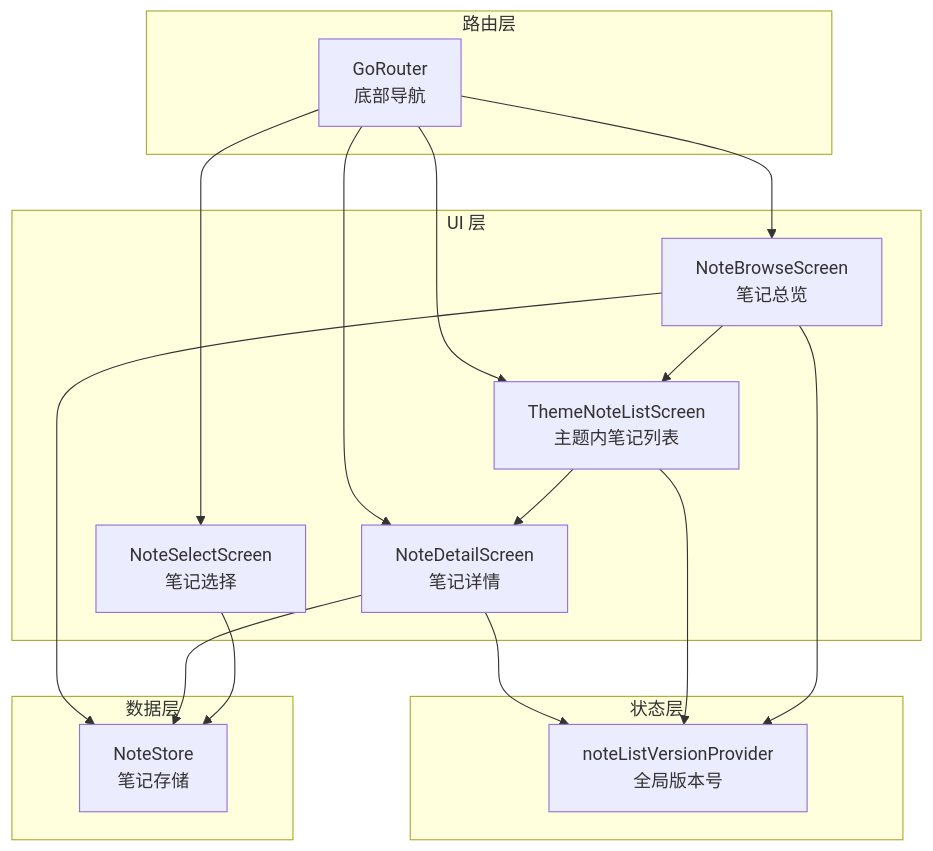
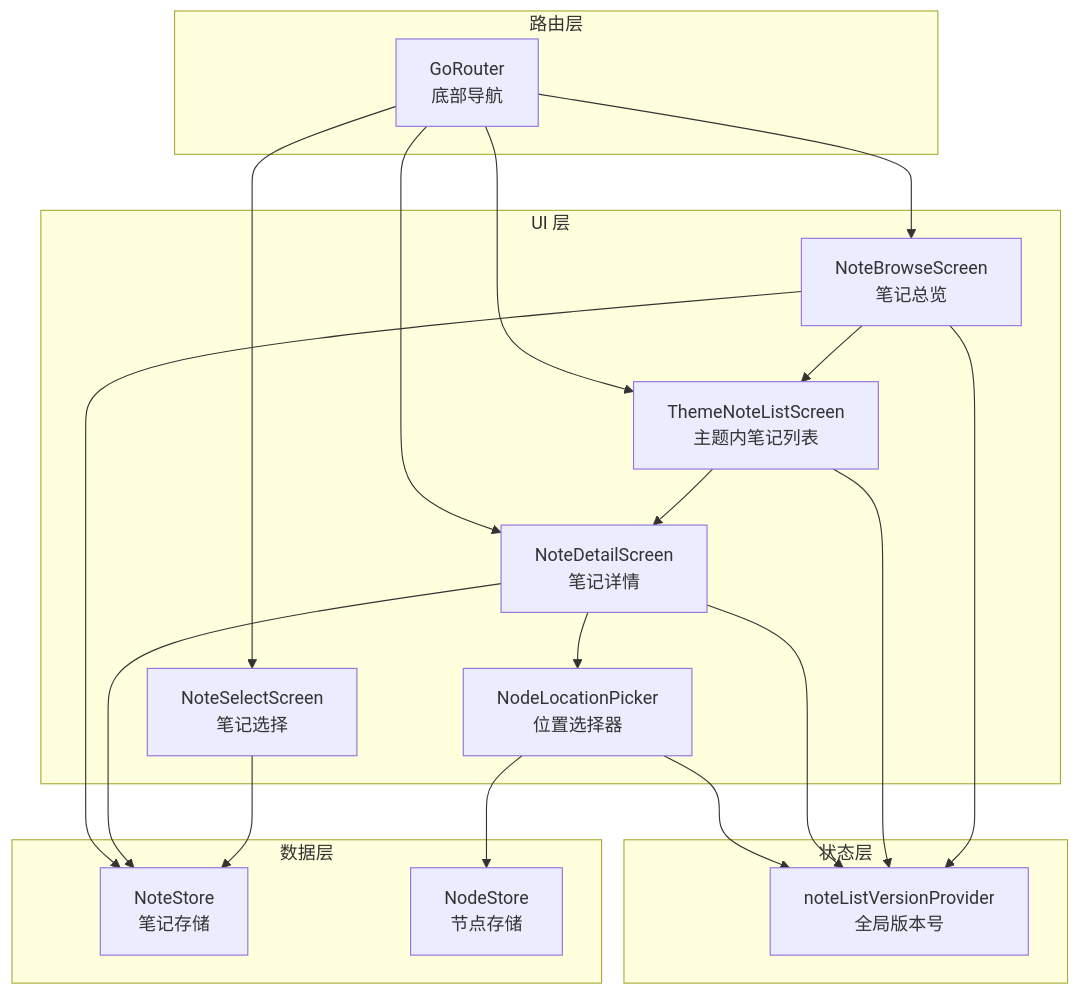
The first of 9 diagrams in .qoder/repowiki/zh/content/核心功能模块/笔记系统/笔记系统.md (Ykworm/thktree), drawn with Mermaid before and after one commit. The commit also changed other lines of this file and 45 other files, not shown here.

````diff
--- a/.qoder/repowiki/zh/content/核心功能模块/笔记系统/笔记系统.md
+++ b/.qoder/repowiki/zh/content/核心功能模块/笔记系统/笔记系统.md
@@ -42,30 +56,35 @@
 ```mermaid
 graph TB
 subgraph "UI 层"
 NB["NoteBrowseScreen<br/>笔记总览"]
 TN["ThemeNoteListScreen<br/>主题内笔记列表"]
 ND["NoteDetailScreen<br/>笔记详情"]
 NS["NoteSelectScreen<br/>笔记选择"]
+NLP["NodeLocationPicker<br/>位置选择器"]
 end
 subgraph "状态层"
 VP["noteListVersionProvider<br/>全局版本号"]
 end
 subgraph "数据层"
 NSStore["NoteStore<br/>笔记存储"]
+NodeStore["NodeStore<br/>节点存储"]
 end
 subgraph "路由层"
 Router["GoRouter<br/>底部导航"]
 end
 NB --> TN
 TN --> ND
 NS --> NSStore
 ND --> NSStore
+ND --> NLP
 NB --> NSStore
 NB --> VP
 TN --> VP
 ND --> VP
+NLP --> NodeStore
+NLP --> VP
 Router --> NB
 Router --> TN
 Router --> ND
 Router --> NS
 ```
````
